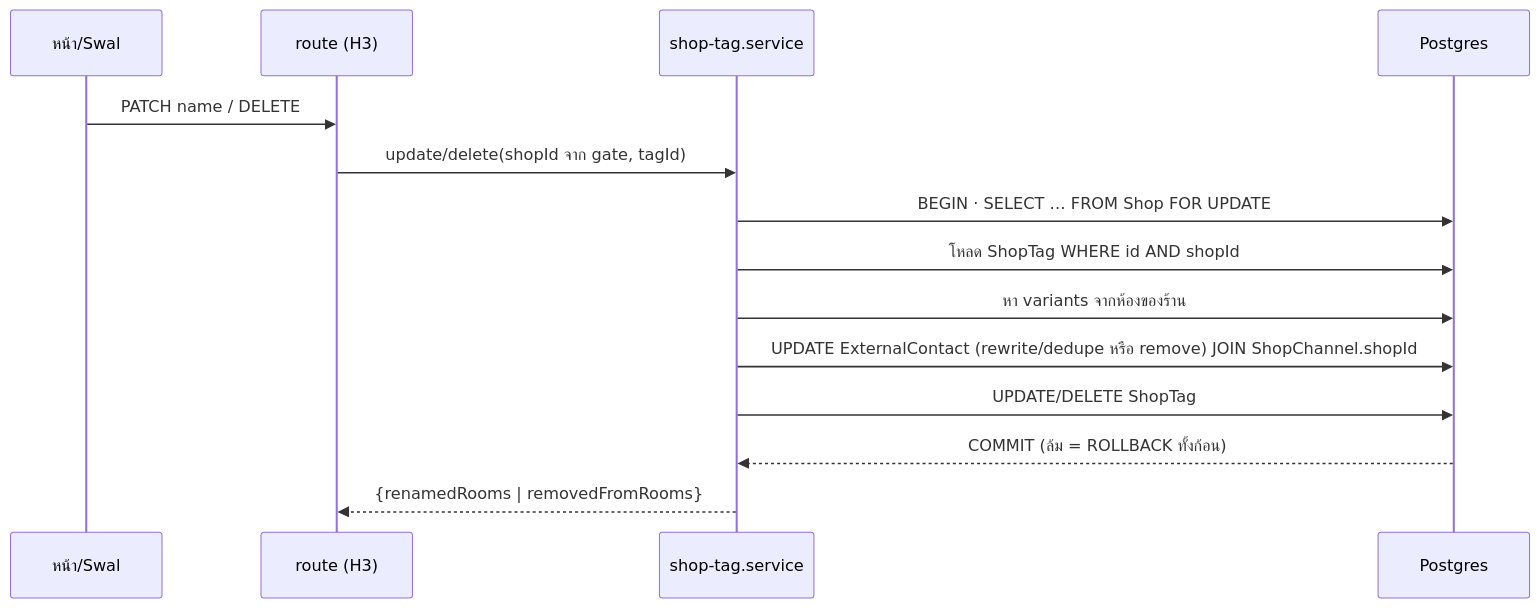
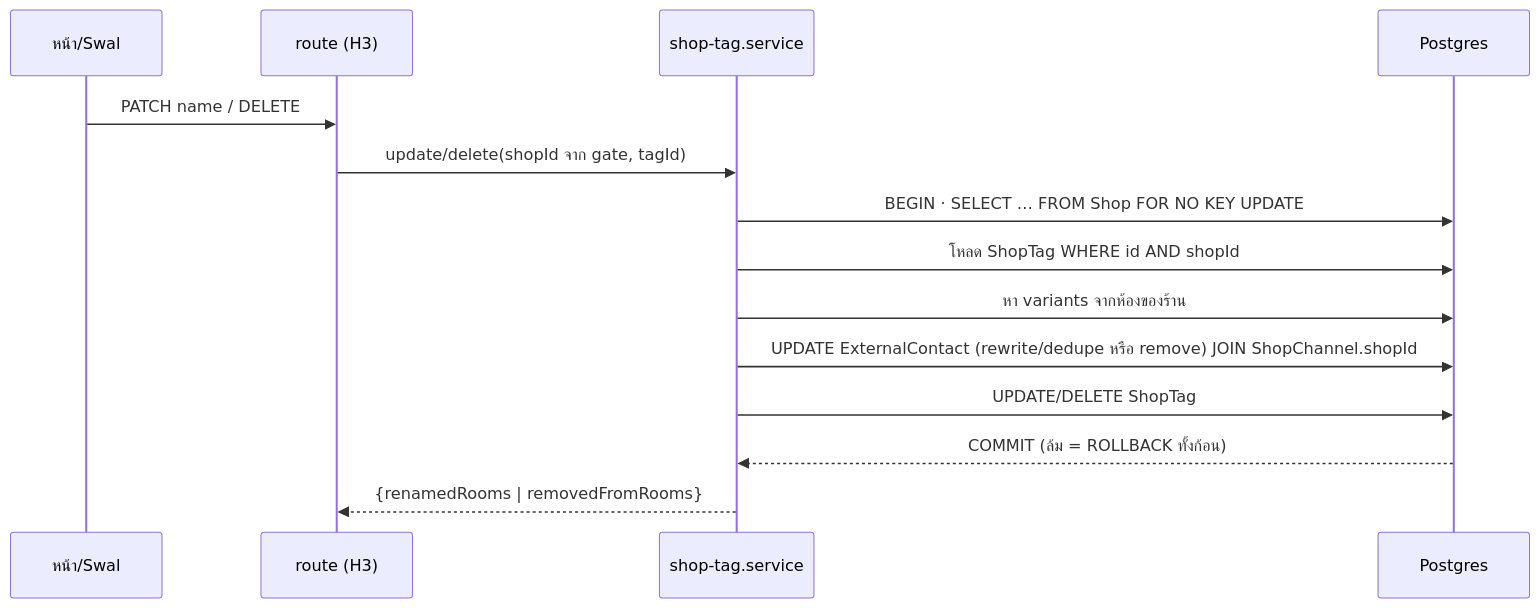
The fourth of 4 diagrams in docs/20 - Features/00083 - Auto Tag By Keyword/SDS.md (CodeCooLTH/deep-web), drawn with Mermaid before and after one commit. The commit also changed other lines of this file and 21 other files, not shown here.

````diff
--- a/docs/20 - Features/00083 - Auto Tag By Keyword/SDS.md
+++ b/docs/20 - Features/00083 - Auto Tag By Keyword/SDS.md
@@ -125,16 +125,16 @@
 ```mermaid
 sequenceDiagram
     participant P as หน้า/Swal
     participant R as route (H3)
     participant S as shop-tag.service
     participant DB as Postgres
     P->>R: PATCH name / DELETE
     R->>S: update/delete(shopId จาก gate, tagId)
-    S->>DB: BEGIN · SELECT … FROM Shop FOR UPDATE
+    S->>DB: BEGIN · SELECT … FROM Shop FOR NO KEY UPDATE
     S->>DB: โหลด ShopTag WHERE id AND shopId
     S->>DB: หา variants จากห้องของร้าน
     S->>DB: UPDATE ExternalContact (rewrite/dedupe หรือ remove) JOIN ShopChannel.shopId
     S->>DB: UPDATE/DELETE ShopTag
     DB-->>S: COMMIT (ล้ม = ROLLBACK ทั้งก้อน)
     S-->>R: {renamedRooms | removedFromRooms}
 ```
````
